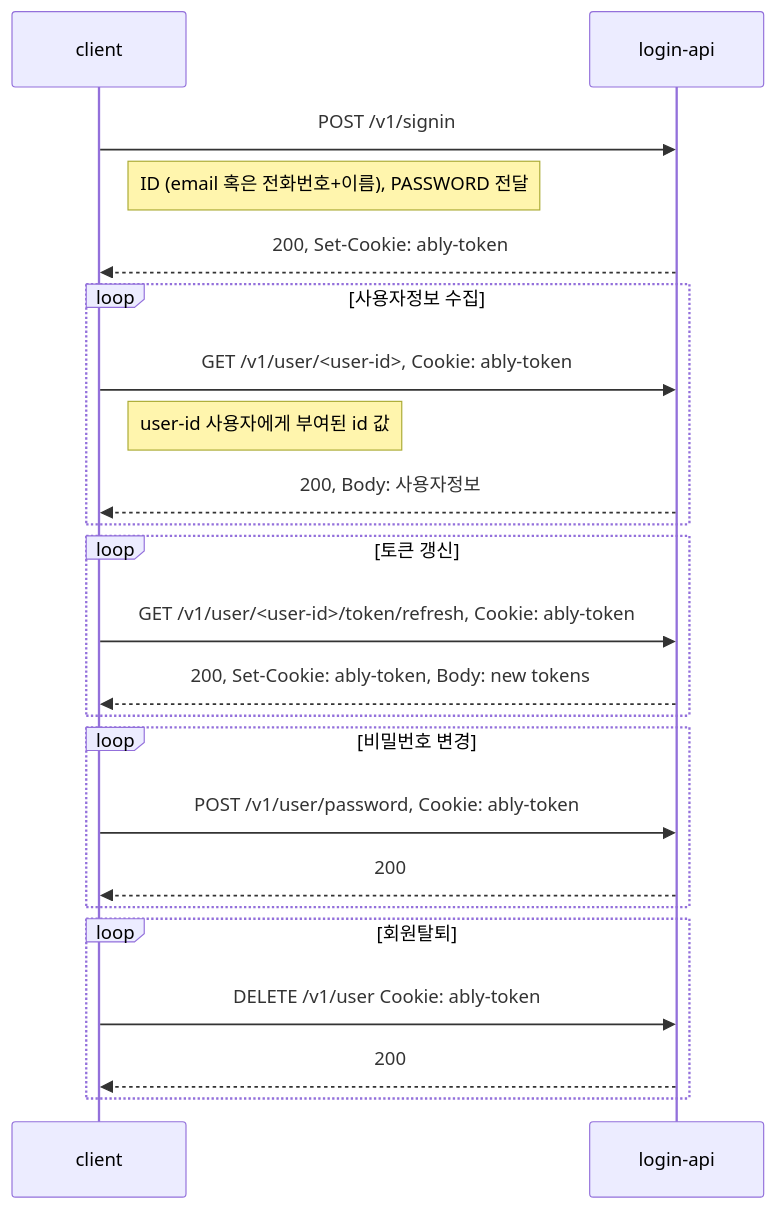
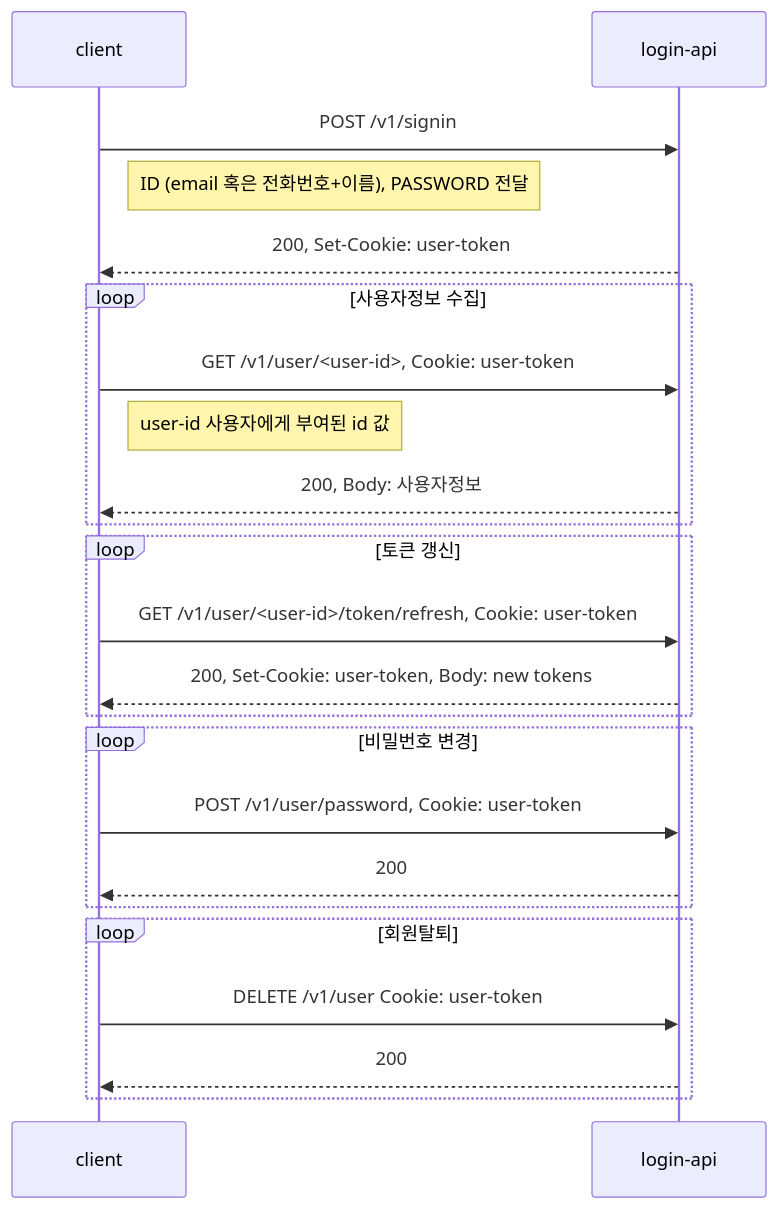
Before and after one commit to lazybrain80/login-api: the second of 3 diagrams in README.md, drawn with Mermaid. The commit also changed other lines of this file, not shown here.

````diff
--- a/README.md
+++ b/README.md
@@ -54,23 +58,23 @@
 ```mermaid
 sequenceDiagram
 client->>login-api: POST /v1/signin
 Note right of client: ID (email 혹은 전화번호+이름), PASSWORD 전달
-login-api-->>client:  200, Set-Cookie: ably-token
+login-api-->>client:  200, Set-Cookie: user-token
 loop 사용자정보 수집
-  client->>login-api: GET /v1/user/<user-id>, Cookie: ably-token
+  client->>login-api: GET /v1/user/<user-id>, Cookie: user-token
   Note right of client: user-id 사용자에게 부여된 id 값
   login-api-->>client:  200, Body: 사용자정보
 end
 loop 토큰 갱신
-  client->>login-api: GET /v1/user/<user-id>/token/refresh, Cookie: ably-token
-  login-api-->>client:  200, Set-Cookie: ably-token, Body: new tokens
+  client->>login-api: GET /v1/user/<user-id>/token/refresh, Cookie: user-token
+  login-api-->>client:  200, Set-Cookie: user-token, Body: new tokens
 end
 loop 비밀번호 변경
-  client->>login-api: POST /v1/user/password, Cookie: ably-token
+  client->>login-api: POST /v1/user/password, Cookie: user-token
   login-api-->>client:  200
 end
 loop 회원탈퇴
-  client->>login-api: DELETE /v1/user Cookie: ably-token
+  client->>login-api: DELETE /v1/user Cookie: user-token
   login-api-->>client:  200
 end
 ```
````
